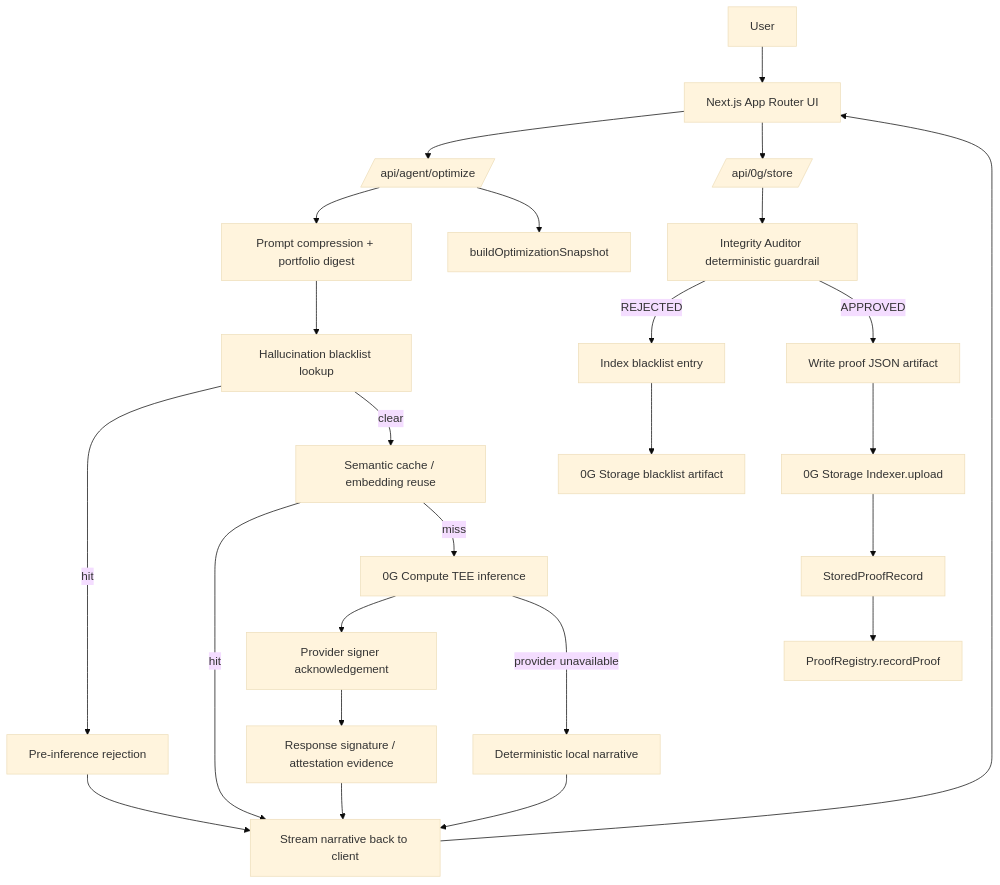
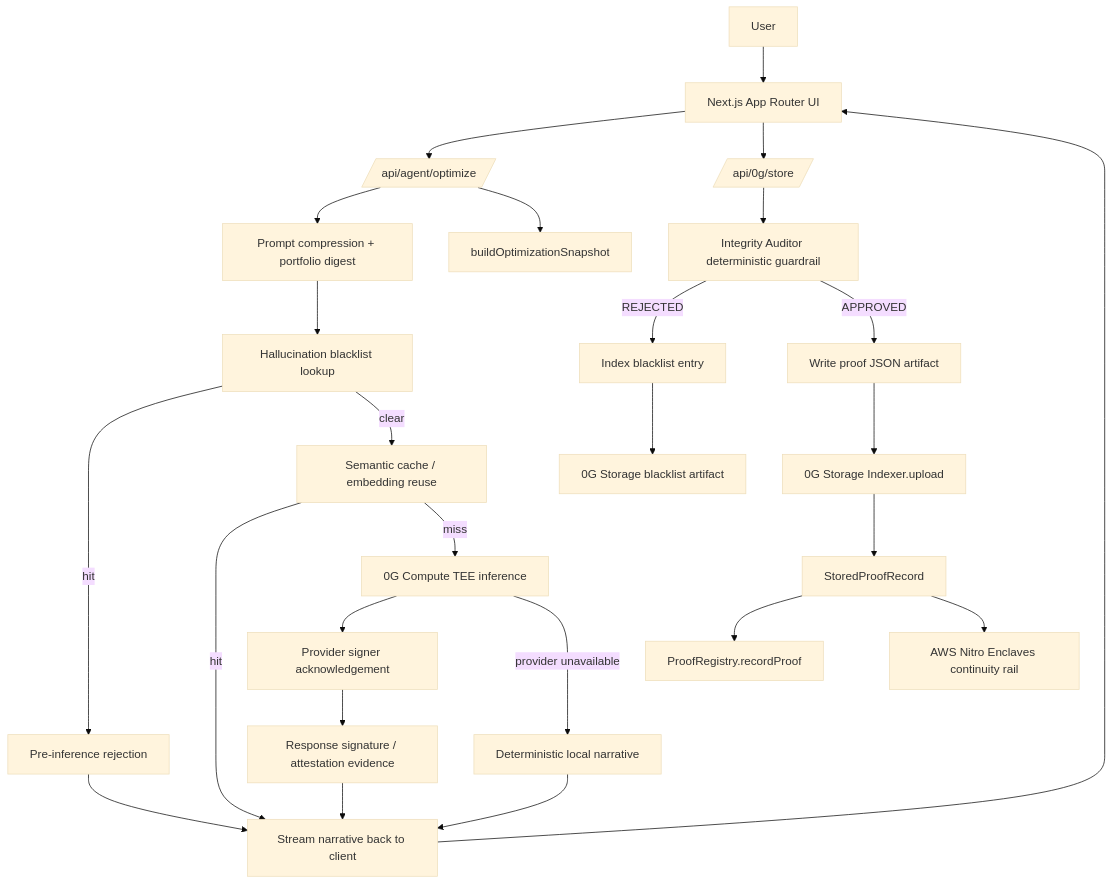
The first of 8 diagrams in README.md (clawhubs/yieldboost), drawn with Mermaid (base theme) before and after one commit. The commit also changed other lines of this file and 28 other files, not shown here.

````diff
--- a/README.md
+++ b/README.md
@@ -419,28 +422,29 @@
 ```mermaid
 flowchart TD
     U[User] --> UI[Next.js App Router UI]
     UI --> OPT[/api/agent/optimize/]
     OPT --> COMPRESS[Prompt compression + portfolio digest]
     OPT --> SNAP[buildOptimizationSnapshot]
     COMPRESS --> PRECHECK[Hallucination blacklist lookup]
     PRECHECK -->|hit| BLOCKED[Pre-inference rejection]
     PRECHECK -->|clear| CACHE[Semantic cache / embedding reuse]
     CACHE -->|hit| STREAM
     CACHE -->|miss| TEE[0G Compute TEE inference]
     TEE --> ACK[Provider signer acknowledgement]
     ACK --> SIG[Response signature / attestation evidence]
     SIG --> STREAM[Stream narrative back to client]
     TEE -->|provider unavailable| FALLBACK[Deterministic local narrative]
     FALLBACK --> STREAM
     BLOCKED --> STREAM
     STREAM --> UI
 
     UI --> STORE[/api/0g/store/]
     STORE --> AUDIT[Integrity Auditor deterministic guardrail]
     AUDIT -->|REJECTED| BLWRITE[Index blacklist entry]
     BLWRITE --> BLSTORE[0G Storage blacklist artifact]
     AUDIT -->|APPROVED| JSON[Write proof JSON artifact]
     JSON --> ZGS[0G Storage Indexer.upload]
     ZGS --> PROOF[StoredProofRecord]
     PROOF --> REG[ProofRegistry.recordProof]
+    PROOF --> NITRO[AWS Nitro Enclaves continuity rail]
 ```
````
